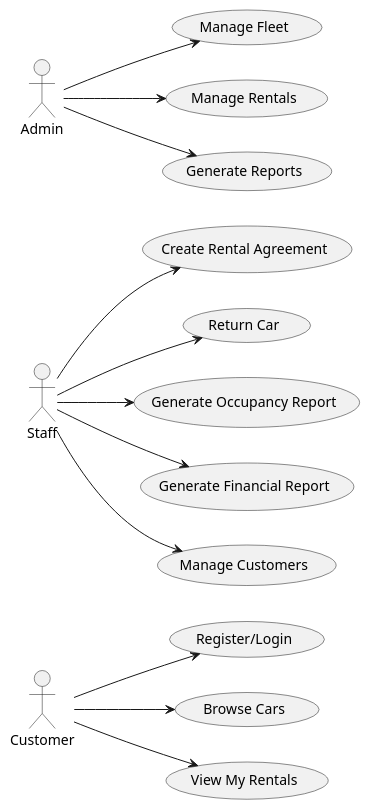
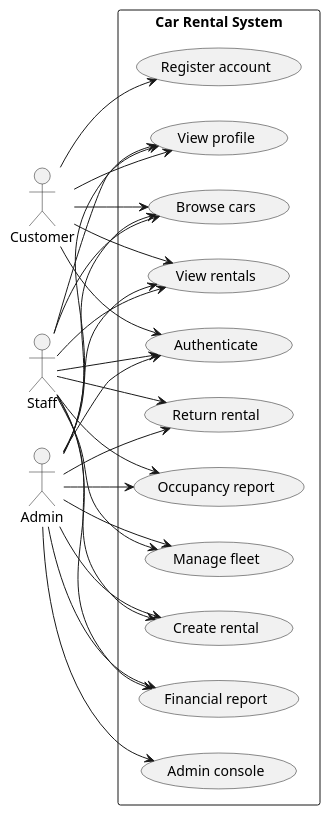
One commit to smykandriy/cars-rental changed the diagram in docs/use_case_diagram.puml. Above: the diagram before and after it, drawn with PlantUML. The commit also changed 6 other files, not shown here.

```diff
--- a/docs/use_case_diagram.puml
+++ b/docs/use_case_diagram.puml
@@ -1,20 +1,47 @@
 @startuml
 left to right direction
 actor Customer
 actor Staff
 actor Admin
 
-Customer --> (Register/Login)
-Customer --> (Browse Cars)
-Customer --> (View My Rentals)
+rectangle "Car Rental System" {
+  (Register account) as UC_Register
+  (Authenticate) as UC_Login
+  (View profile) as UC_Profile
+  (Browse cars) as UC_Browse
+  (Manage fleet) as UC_Fleet
+  (Create rental) as UC_CreateRental
+  (View rentals) as UC_ViewRentals
+  (Return rental) as UC_Return
+  (Occupancy report) as UC_Occupancy
+  (Financial report) as UC_Financial
+  (Admin console) as UC_Admin
+}
 
-Staff --> (Create Rental Agreement)
-Staff --> (Return Car)
-Staff --> (Generate Occupancy Report)
-Staff --> (Generate Financial Report)
-Staff --> (Manage Customers)
+Customer --> UC_Register
+Customer --> UC_Login
+Customer --> UC_Profile
+Customer --> UC_Browse
+Customer --> UC_ViewRentals
 
-Admin --> (Manage Fleet)
-Admin --> (Manage Rentals)
-Admin --> (Generate Reports)
+Staff --> UC_Login
+Staff --> UC_Profile
+Staff --> UC_Browse
+Staff --> UC_Fleet
+Staff --> UC_CreateRental
+Staff --> UC_ViewRentals
+Staff --> UC_Return
+Staff --> UC_Occupancy
+Staff --> UC_Financial
+
+Admin --> UC_Login
+Admin --> UC_Profile
+Admin --> UC_Browse
+Admin --> UC_Fleet
+Admin --> UC_CreateRental
+Admin --> UC_ViewRentals
+Admin --> UC_Return
+Admin --> UC_Occupancy
+Admin --> UC_Financial
+Admin --> UC_Admin
 @enduml
```
